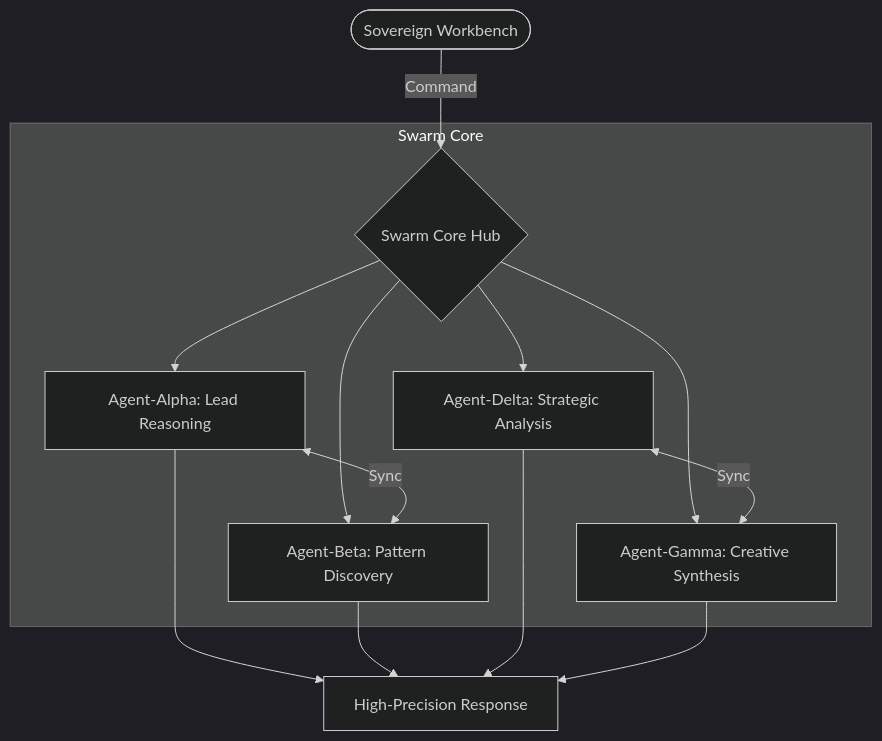
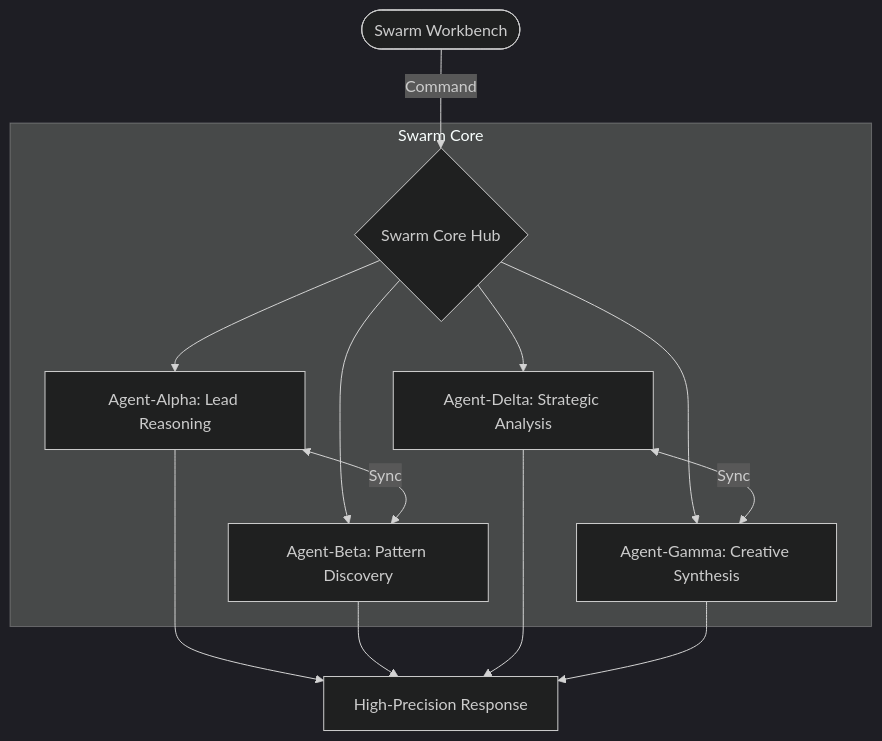
One commit to sumithkumar07/Swarm-Engine changed the diagram in README.md. Above: the diagram before and after it, drawn with Mermaid (dark theme). The commit also changed other lines of this file, not shown here.

Commit message:
Rename 'Sovereign' to 'Swarm' in README

````diff
--- a/README.md
+++ b/README.md
@@ -27,15 +27,15 @@
 ```mermaid
 graph TD
-    User([Sovereign Workbench]) -->|Command| SwarmHub{Swarm Core Hub}
+    User([Swarm Workbench]) -->|Command| SwarmHub{Swarm Core Hub}
     
     subgraph SC ["Swarm Core"]
         SwarmHub --> Alpha[Agent-Alpha: Lead Reasoning]
         SwarmHub --> Beta[Agent-Beta: Pattern Discovery]
         SwarmHub --> Delta[Agent-Delta: Strategic Analysis]
         SwarmHub --> Gamma[Agent-Gamma: Creative Synthesis]
     end
     
     Alpha <-->|Sync| Beta
     Delta <-->|Sync| Gamma
     Alpha & Beta & Delta & Gamma --> Output[High-Precision Response]
 ```
````
